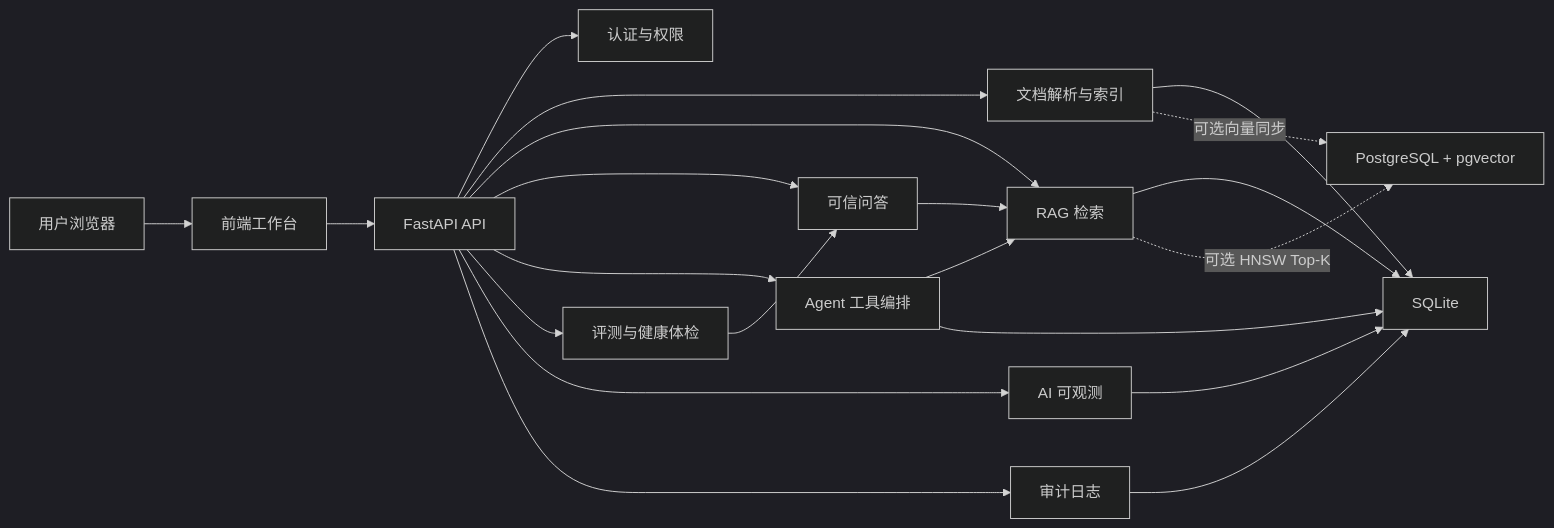
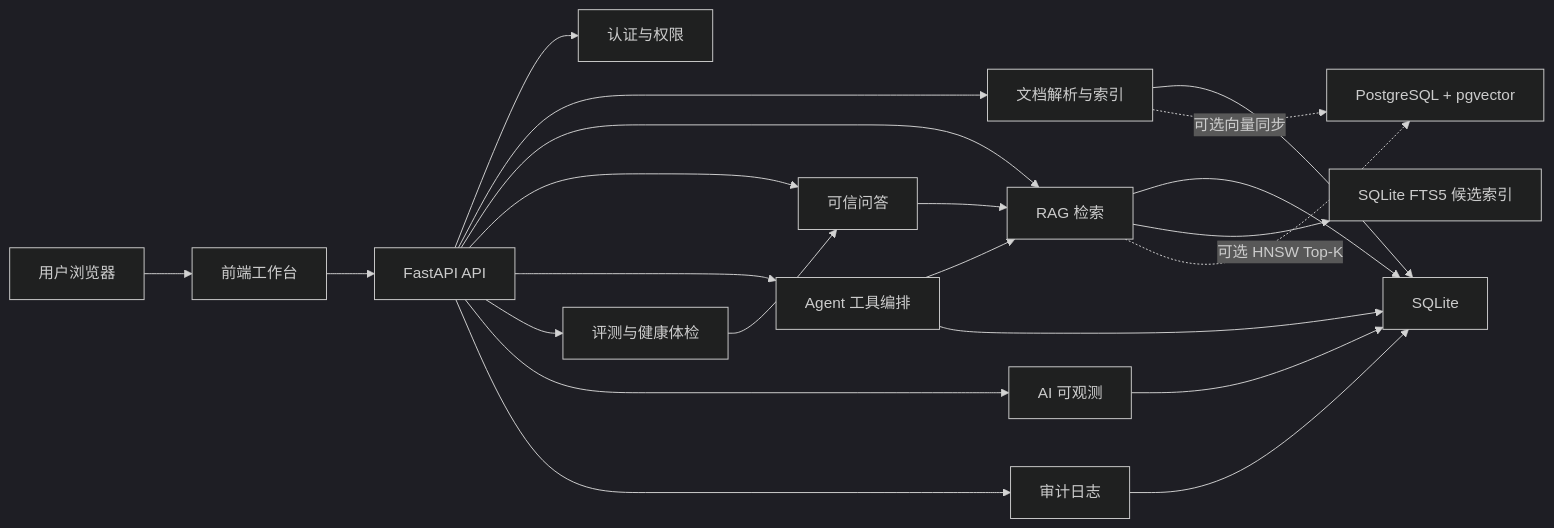
One commit to 54sbkyc/enterprise-rag-ai-agent-platform changed the diagram in README.md. Above: the diagram before and after it, drawn with Mermaid (dark theme). The commit also changed other lines of this file and 22 other files, not shown here.

````diff
--- a/README.md
+++ b/README.md
@@ -87,23 +87,24 @@
 ```mermaid
 flowchart LR
     U["用户浏览器"] --> F["前端工作台"]
     F --> API["FastAPI API"]
     API --> Auth["认证与权限"]
     API --> Docs["文档解析与索引"]
     API --> Search["RAG 检索"]
     API --> QA["可信问答"]
     API --> Agent["Agent 工具编排"]
     API --> Eval["评测与健康体检"]
     API --> Obs["AI 可观测"]
     API --> Audit["审计日志"]
     Docs --> DB["SQLite"]
     Search --> DB
+    Search --> FTS["SQLite FTS5 候选索引"]
     Docs -. "可选向量同步" .-> PG["PostgreSQL + pgvector"]
     Search -. "可选 HNSW Top-K" .-> PG
     QA --> Search
     Agent --> Search
     Agent --> DB
     Eval --> QA
     Obs --> DB
     Audit --> DB
 ```
````
